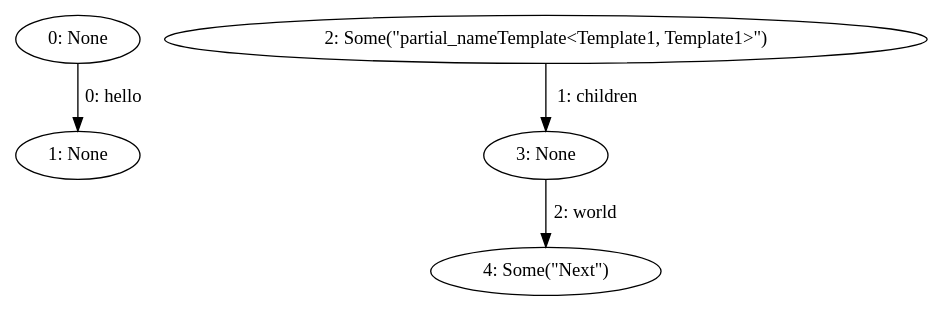
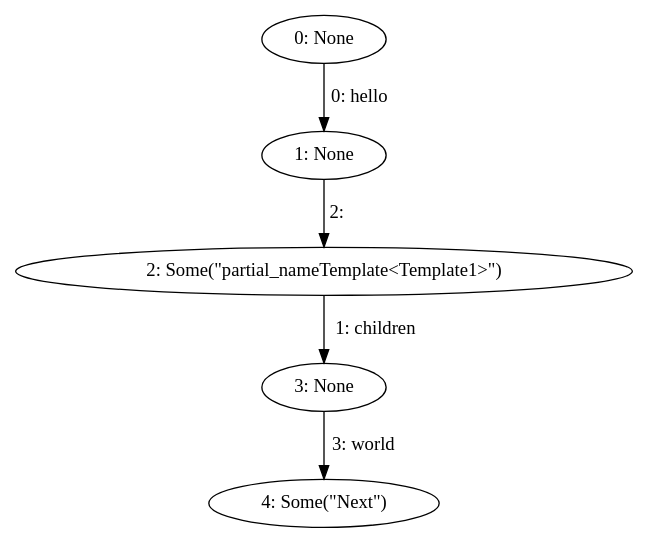
The diagram in partial_block.dot (mohe2015/zero-cost-templating), drawn with Graphviz before and after one commit. The commit also changed 1 other file, not shown here.

```diff
--- a/partial_block.dot
+++ b/partial_block.dot
@@ -1,10 +1,11 @@
 digraph {
     0 [ label = "0: None" ]
     1 [ label = "1: None" ]
-    2 [ label = "2: Some(\"partial_nameTemplate<Template1, Template1>\")" ]
+    2 [ label = "2: Some(\"partial_nameTemplate<Template1>\")" ]
     3 [ label = "3: None" ]
     4 [ label = "4: Some(\"Next\")" ]
     0 -> 1 [ label = "0: hello" ]
     2 -> 3 [ label = "1: children" ]
-    3 -> 4 [ label = "2: world" ]
+    1 -> 2 [ label = "2: " ]
+    3 -> 4 [ label = "3: world" ]
 }
```
